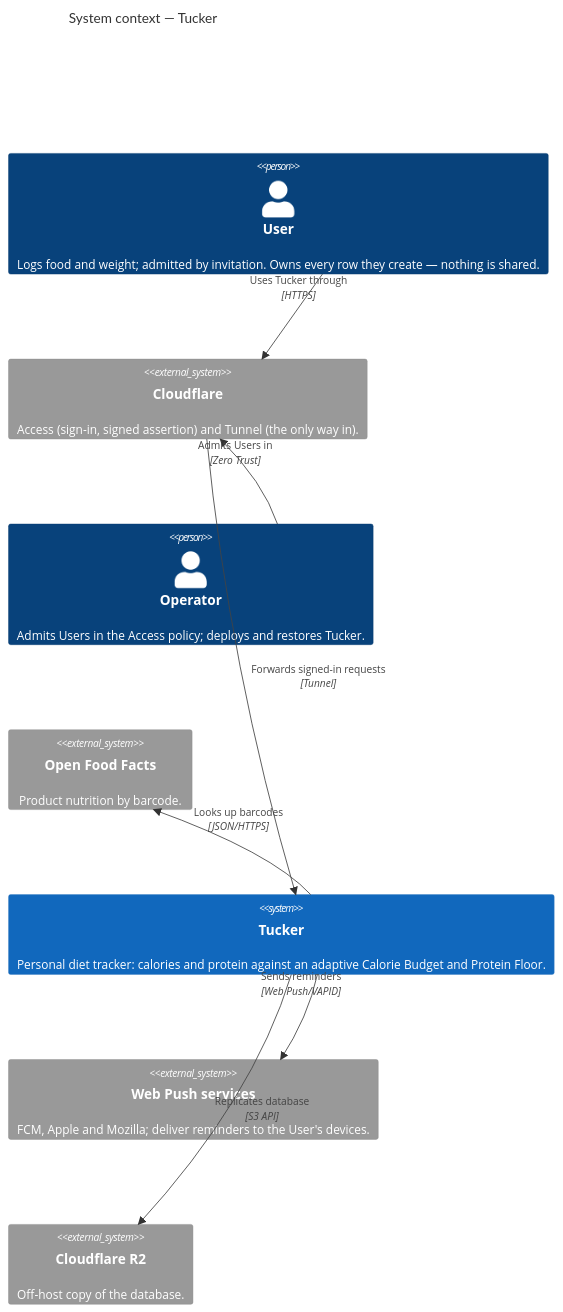
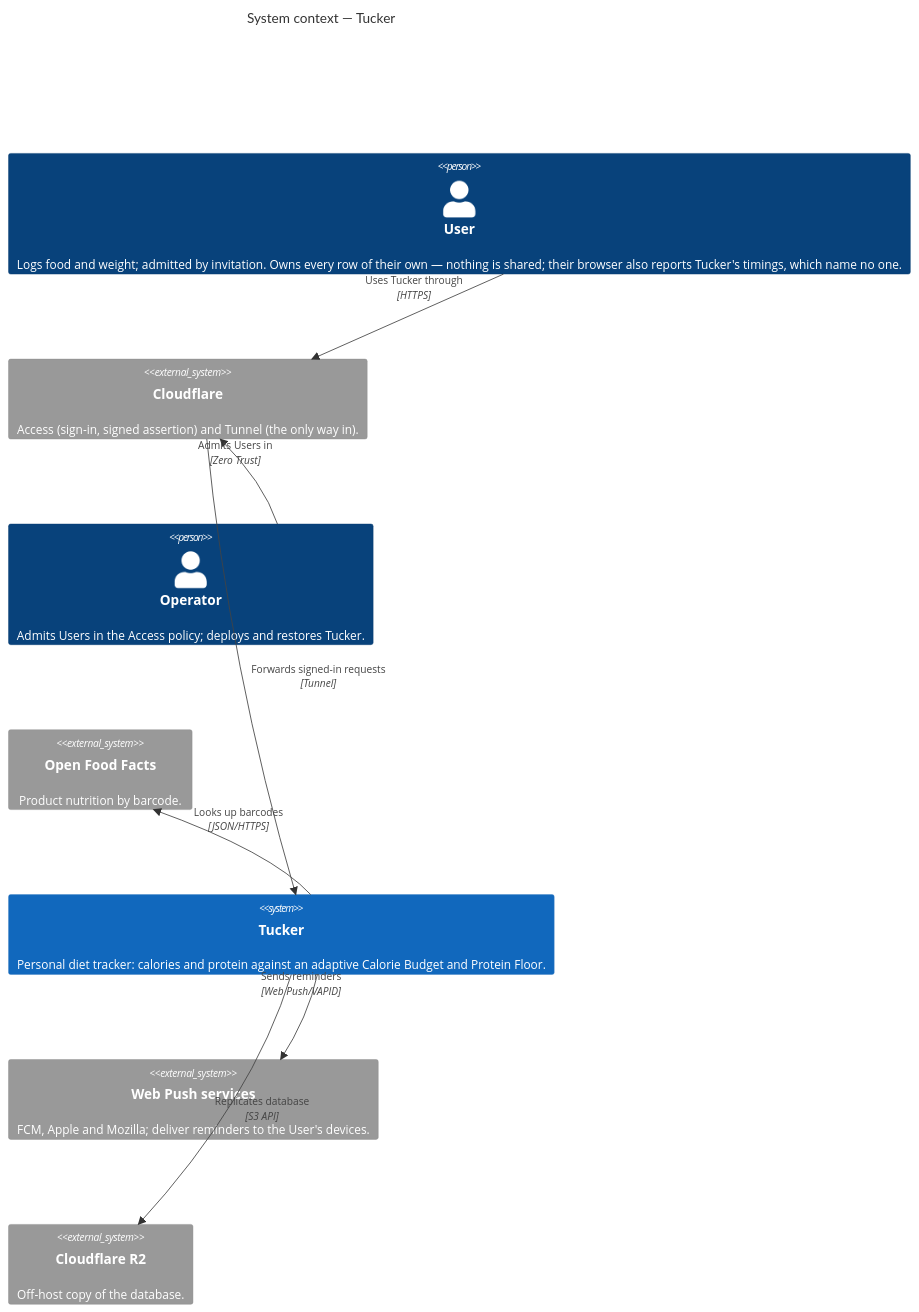
Before and after one commit to skrymer/tucker: the first of 10 diagrams in docs/architecture.md, drawn with Mermaid. The commit also changed 4 other files, not shown here.

````diff
--- a/docs/architecture.md
+++ b/docs/architecture.md
@@ -32,28 +32,28 @@
 ```mermaid
 C4Context
   title System context — Tucker
 
-  Person(user, "User", "Logs food and weight; admitted by invitation. Owns every row they create — nothing is shared.")
+  Person(user, "User", "Logs food and weight; admitted by invitation. Owns every row of their own — nothing is shared; their browser also reports Tucker's timings, which name no one.")
   System_Ext(cloudflare, "Cloudflare", "Access (sign-in, signed assertion) and Tunnel (the only way in).")
   Person(operator, "Operator", "Admits Users in the Access policy; deploys and restores Tucker.")
 
   System_Ext(off, "Open Food Facts", "Product nutrition by barcode.")
   System(tucker, "Tucker", "Personal diet tracker: calories and protein against an adaptive Calorie Budget and Protein Floor.")
   System_Ext(push, "Web Push services", "FCM, Apple and Mozilla; deliver reminders to the User's devices.")
 
   System_Ext(r2, "Cloudflare R2", "Off-host copy of the database.")
 
   Rel_R(user, cloudflare, "Uses Tucker through", "HTTPS")
   Rel_L(operator, cloudflare, "Admits Users in", "Zero Trust")
   Rel_D(cloudflare, tucker, "Forwards signed-in requests", "Tunnel")
   Rel_L(tucker, off, "Looks up barcodes", "JSON/HTTPS")
   Rel_R(tucker, push, "Sends reminders", "Web Push/VAPID")
   Rel_D(tucker, r2, "Replicates database", "S3 API")
 
   UpdateRelStyle(user, cloudflare, $offsetX="-50", $offsetY="-45")
   UpdateRelStyle(operator, cloudflare, $offsetX="-60", $offsetY="-45")
   UpdateRelStyle(tucker, off, $offsetX="-45", $offsetY="-50")
   UpdateRelStyle(tucker, push, $offsetX="-45", $offsetY="-50")
 
   UpdateLayoutConfig($c4ShapeInRow="3", $c4BoundaryInRow="1")
 ```
````
